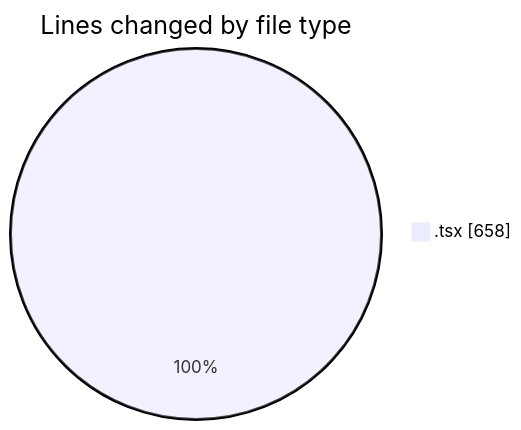
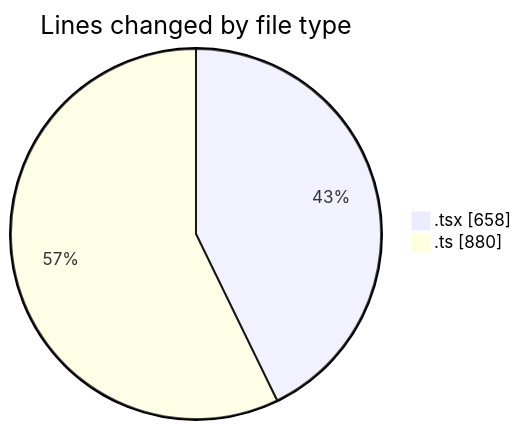
One commit to momahboobian/code-tracking changed the first of 2 diagrams in 2025-09-22/cda/README.md. Above: the diagram before and after it, drawn with Mermaid. The commit also changed other lines of this file and 1 other file, not shown here.

````diff
--- a/2025-09-22/cda/README.md
+++ b/2025-09-22/cda/README.md
@@ -21,5 +22,6 @@
 ```mermaid
 pie showData
 title Lines changed by file type
 ".tsx" : 658
+".ts" : 880
 ```
````
